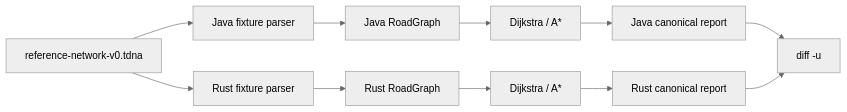
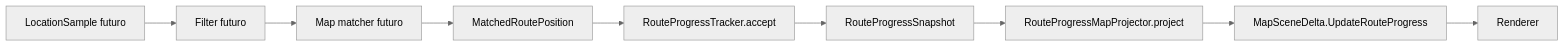
Before and after one commit to kinderp/dna: the diagram in docs/it/40-mappa-codice-e-stati.md, drawn with Mermaid (neutral theme). The commit also changed other lines of this file and 36 other files, not shown here.

First line of the commit message:
feat: add canonical matched position and route progress tracker (#18)

````diff
--- a/docs/it/40-mappa-codice-e-stati.md
+++ b/docs/it/40-mappa-codice-e-stati.md
@@ -28,13 +108,11 @@
 ```mermaid
 flowchart LR
-    F[reference-network-v0.tdna] --> P1[Java fixture parser]
-    F --> P2[Rust fixture parser]
-    P1 --> G1[Java RoadGraph]
-    P2 --> G2[Rust RoadGraph]
-    G1 --> A1[Dijkstra / A*]
-    G2 --> A2[Dijkstra / A*]
-    A1 --> R1[Java canonical report]
-    A2 --> R2[Rust canonical report]
-    R1 --> D[diff -u]
-    R2 --> D
+    L[LocationSample futuro] --> F[Filter futuro]
+    F --> MM[Map matcher futuro]
+    MM --> MP[MatchedRoutePosition]
+    MP --> T[RouteProgressTracker.accept]
+    T --> S[RouteProgressSnapshot]
+    S --> P[RouteProgressMapProjector.project]
+    P --> D[MapSceneDelta.UpdateRouteProgress]
+    D --> R[Renderer]
 ```
````
